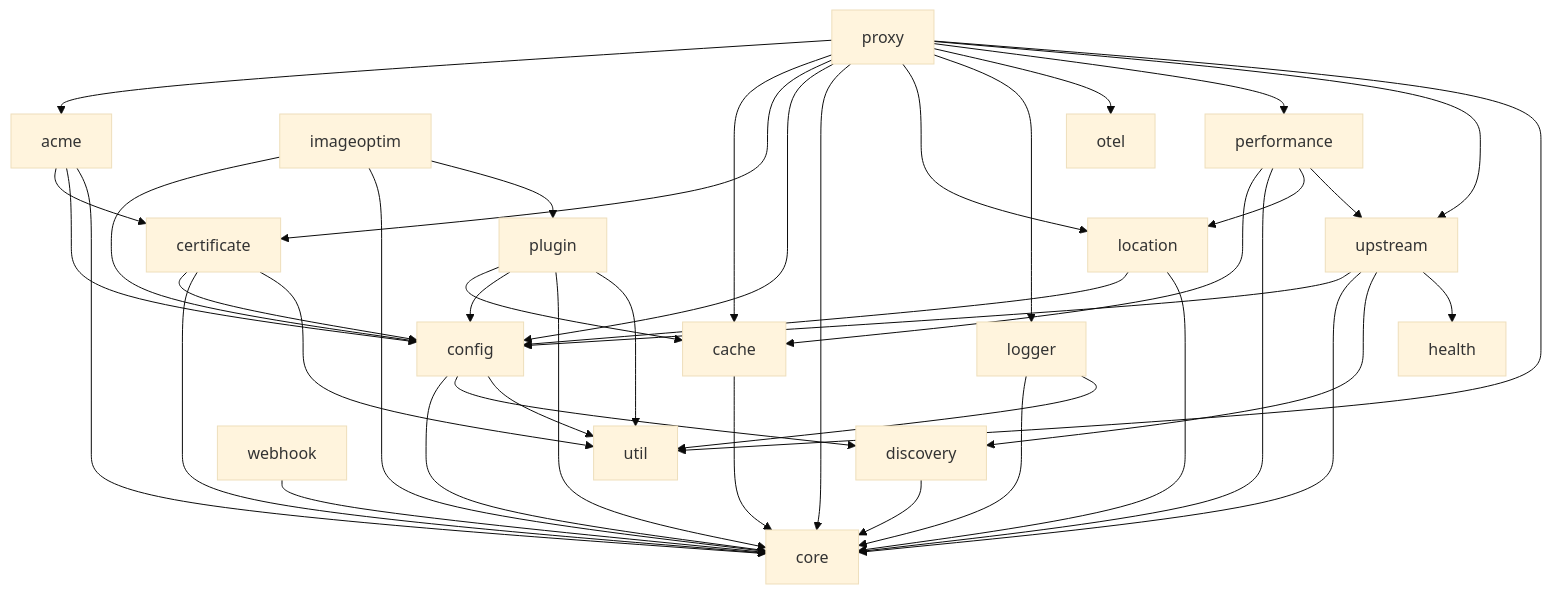
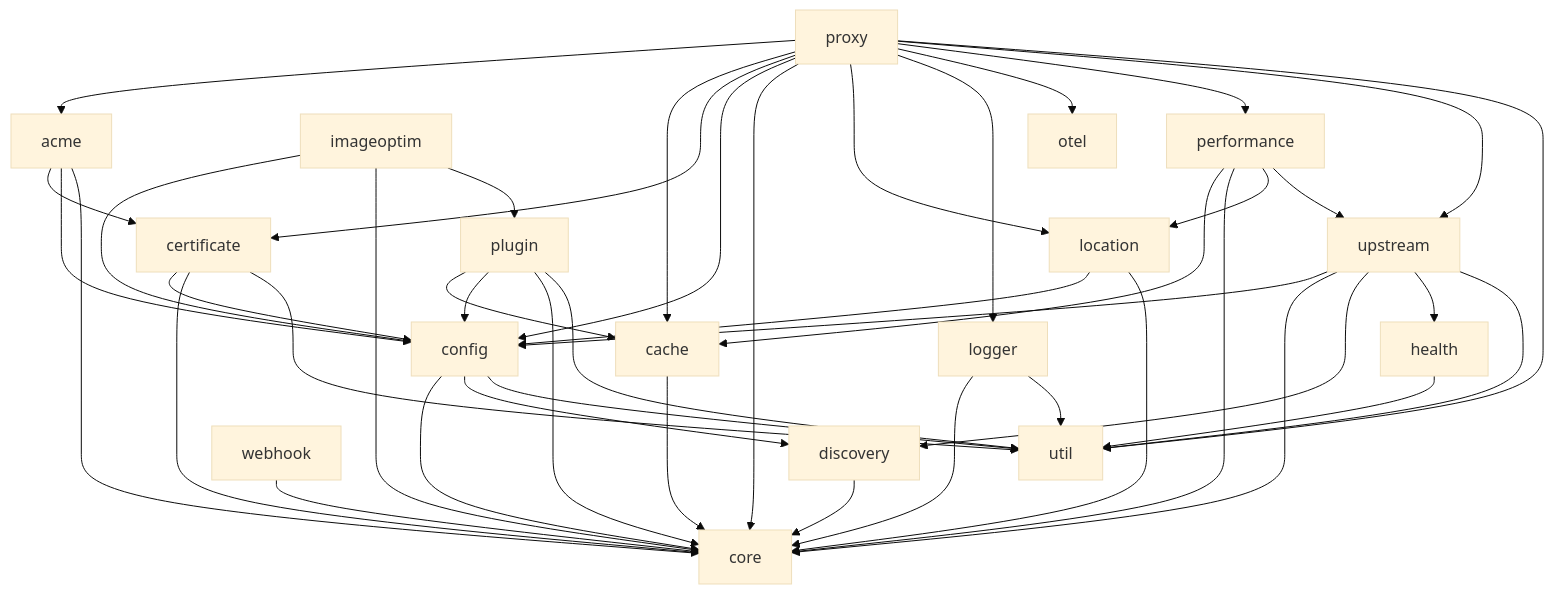
Before and after one commit to vicanso/pingap: the diagram in docs/zh/guide/modules.md, drawn with Mermaid (base theme). The commit also changed 20 other files, not shown here.

Commit message:
docs: correct steps, examples, and the module graph

````diff
--- a/docs/zh/guide/modules.md
+++ b/docs/zh/guide/modules.md
@@ -23,57 +23,60 @@
 ```mermaid
 graph TD
     acme --> certificate
     acme --> config
     acme --> core
 
     cache --> core
 
     certificate --> config
     certificate --> core
     certificate --> util
 
     config --> core
     config --> discovery
     config --> util
 
     discovery --> core
+
+    health --> util
 
     imageoptim --> config
     imageoptim --> core
     imageoptim --> plugin
 
     location --> config
     location --> core
 
     logger --> core
     logger --> util
 
     performance --> cache
     performance --> core
     performance --> location
     performance --> upstream
 
     plugin --> cache
     plugin --> config
     plugin --> core
     plugin --> util
 
     proxy --> acme
     proxy --> cache
     proxy --> certificate
     proxy --> config
     proxy --> core
     proxy --> location
     proxy --> logger
     proxy --> otel
     proxy --> performance
     proxy --> upstream
     proxy --> util
 
     upstream --> config
     upstream --> core
     upstream --> discovery
     upstream --> health
+    upstream --> util
 
     webhook --> core
 ```
````
